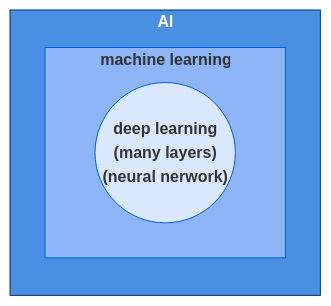
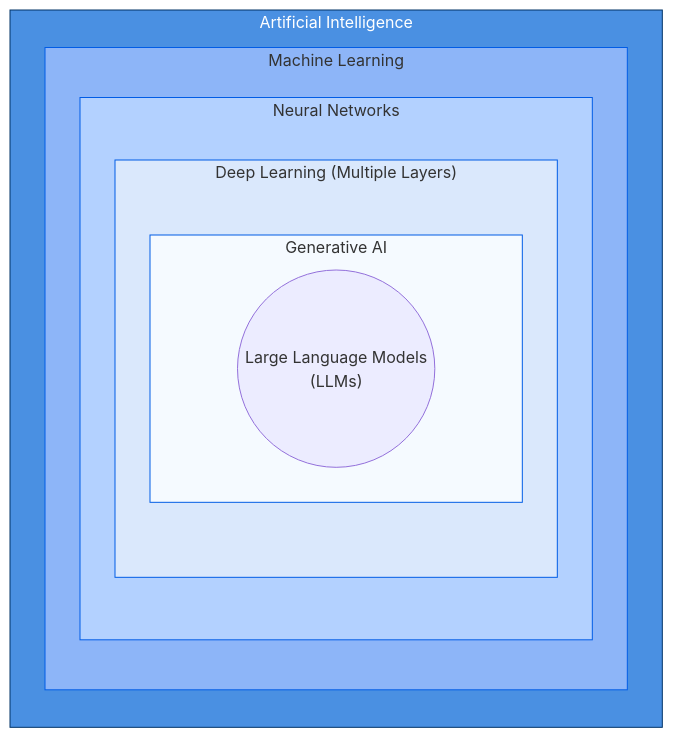
One commit to JacksonWu901224/profile changed the diagram in notes/AI.md. Above: the diagram before and after it, drawn with Mermaid. The commit also changed 4 other files, not shown here.

````diff
--- a/notes/AI.md
+++ b/notes/AI.md
@@ -5,15 +5,25 @@
 ```mermaid
-flowchart LR
-    subgraph A ["AI"]
-        subgraph B ["machine learning"]
-            C(("deep learning
-             (many layers)
-             (neural nerwork)"))
+flowchart TD
+    subgraph AI ["Artificial Intelligence"]
+        direction TB
+        subgraph ML ["Machine Learning"]
+            direction TB
+            subgraph NN ["Neural Networks"]
+                direction TB
+                subgraph DL ["Deep Learning (Multiple Layers)"]
+                    direction TB
+                    subgraph GenAI ["Generative AI"]
+                        LLM(("Large Language Models </br>(LLMs)"))
+                    end
+                end
+            end
         end
     end
 
-    %% 顏色設定：由深到淺增加層次感
-    style A fill:#4a90e2,stroke:#003366,color:#fff, font-family:Arial,font-weight:bold
-    style B fill:#8db5f8,stroke:#005ce6, font-family:Arial,font-weight:bold
-    style C fill:#dae8fc,stroke:#005ce6, font-family:Arial,font-weight:bold
+    %% Styles for clarity
+    style AI fill:#4a90e2,stroke:#003366,color:#fff
+    style ML fill:#8db5f8,stroke:#005ce6
+    style NN fill:#b3d1ff,stroke:#005ce6
+    style DL fill:#dae8fc,stroke:#005ce6
+    style GenAI fill:#f5faff,stroke:#005ce6
 ```
````
